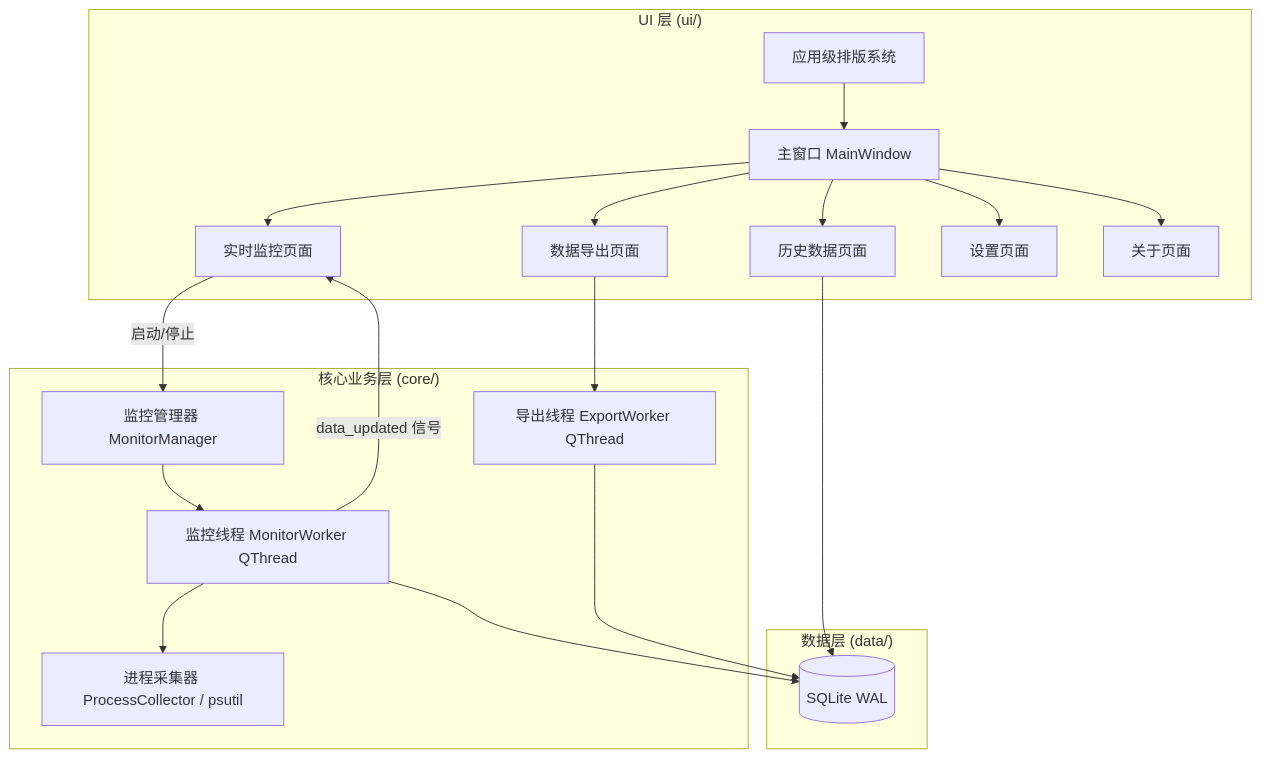
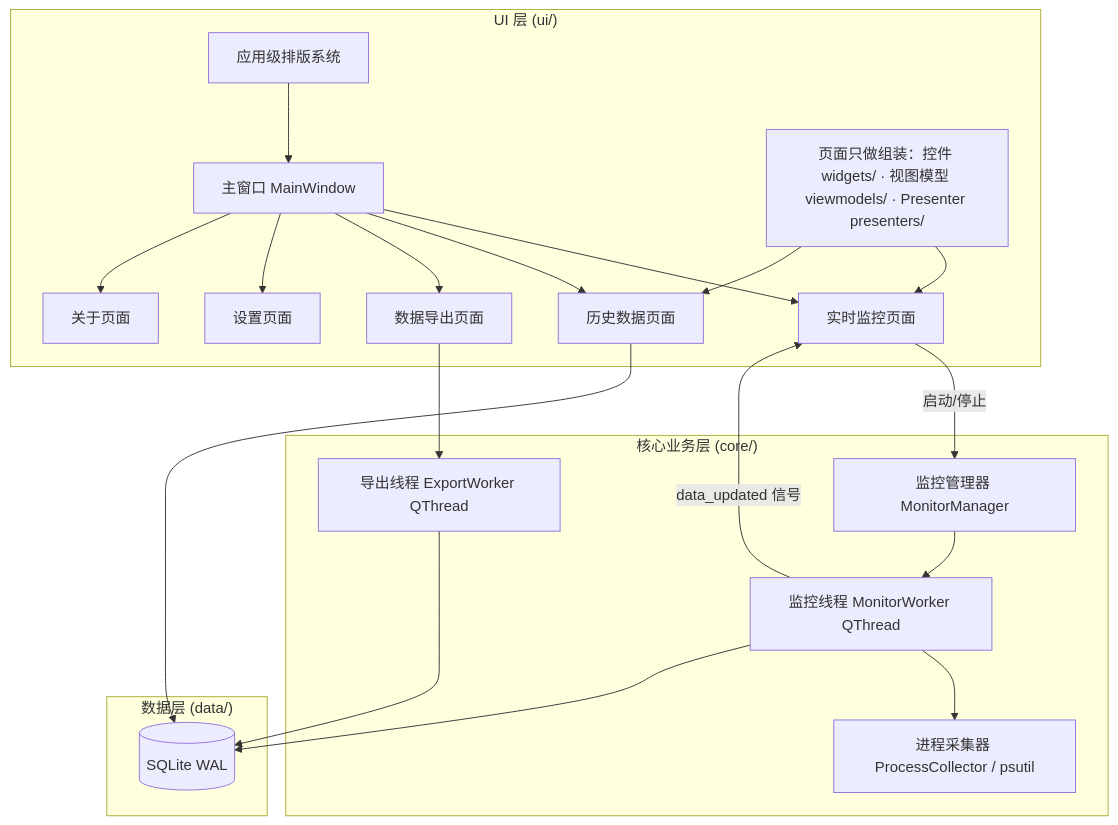
One commit to liujialu0330/ProcessMonitor changed the diagram in README.zh-CN.md. Above: the diagram before and after it, drawn with Mermaid. The commit also changed other lines of this file and 69 other files, not shown here.

First line of the commit message:
拆分界面层为控件、视图模型与 Presenter

````diff
--- a/README.zh-CN.md
+++ b/README.zh-CN.md
@@ -107,24 +107,26 @@
 ```mermaid
 flowchart TD
     subgraph UI["UI 层 (ui/)"]
         MW[主窗口 MainWindow] --> MP[实时监控页面]
         MW --> HP[历史数据页面]
         MW --> EP[数据导出页面]
         MW --> SP[设置页面]
         MW --> AP[关于页面]
         TS[应用级排版系统] --> MW
+        UW[页面只做组装：控件 widgets/ · 视图模型 viewmodels/ · Presenter presenters/] --> MP
+        UW --> HP
     end
     subgraph Core["核心业务层 (core/)"]
         MM[监控管理器 MonitorManager] --> MT[监控线程 MonitorWorker QThread]
         MT --> PC[进程采集器 ProcessCollector / psutil]
         EW[导出线程 ExportWorker QThread]
     end
     subgraph Data["数据层 (data/)"]
         DB[(SQLite WAL)]
     end
     MP -->|启动/停止| MM
     MT -->|data_updated 信号| MP
     MT --> DB
     HP --> DB
     EP --> EW --> DB
 ```
````
